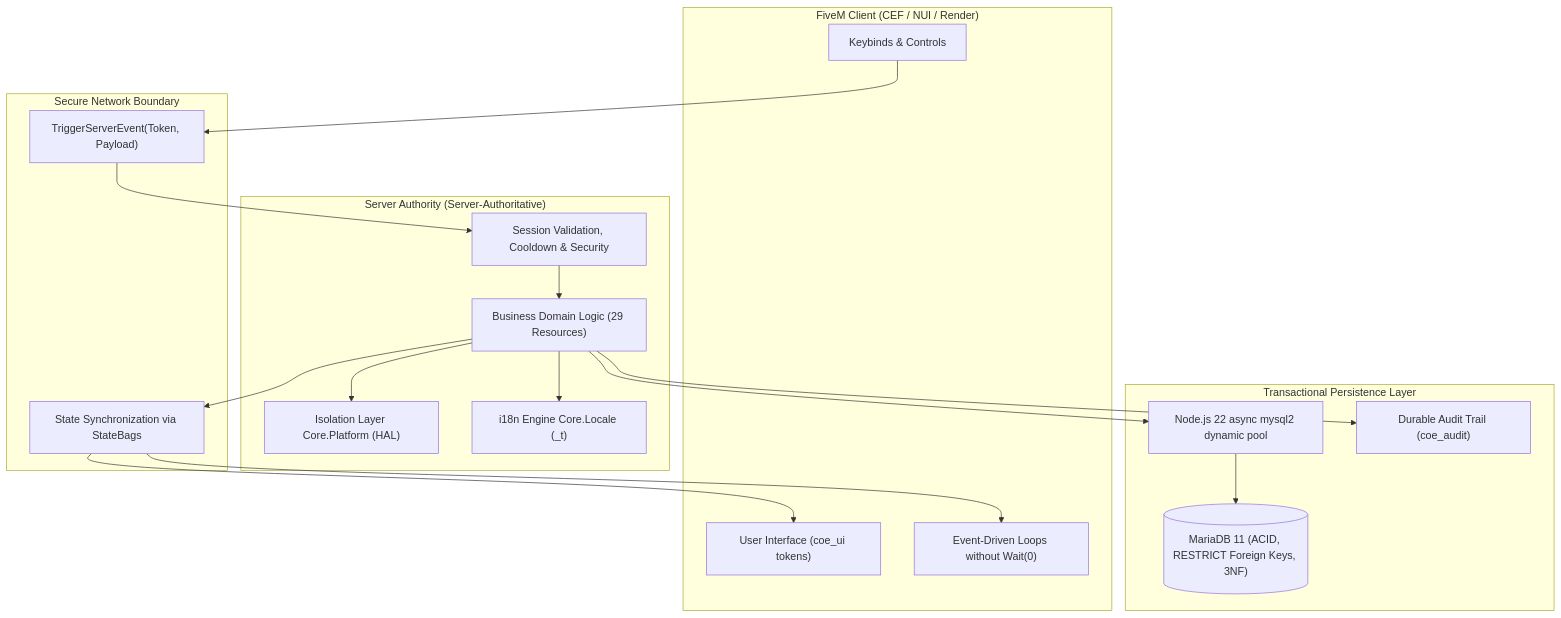
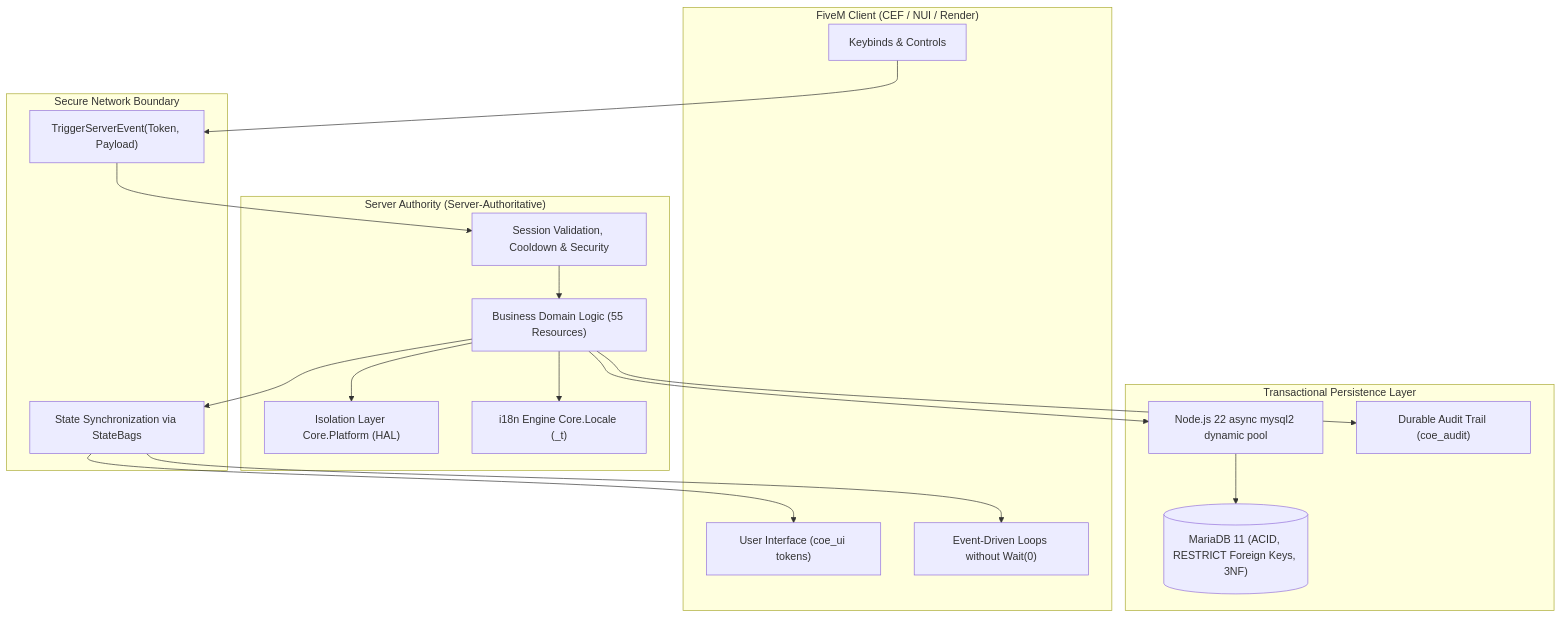
One commit to marcelomatz/coe-framework changed the diagram in README.md. Above: the diagram before and after it, drawn with Mermaid. The commit also changed other lines of this file and 499 other files, not shown here.

````diff
--- a/README.md
+++ b/README.md
@@ -171,38 +171,38 @@
 ```mermaid
 flowchart TD
     subgraph Client["FiveM Client (CEF / NUI / Render)"]
         UI["User Interface (coe_ui tokens)"]
         Input["Keybinds & Controls"]
         OptimizedLoop["Event-Driven Loops without Wait(0)"]
     end
 
     subgraph Boundary["Secure Network Boundary"]
         Req["TriggerServerEvent(Token, Payload)"]
         Sync["State Synchronization via StateBags"]
     end
 
     subgraph Server["Server Authority (Server-Authoritative)"]
         Val["Session Validation, Cooldown & Security"]
         Platform["Isolation Layer Core.Platform (HAL)"]
-        Domain["Business Domain Logic (29 Resources)"]
+        Domain["Business Domain Logic (55 Resources)"]
         Locale["i18n Engine Core.Locale (_t)"]
     end
 
     subgraph Storage["Transactional Persistence Layer"]
         NodePool["Node.js 22 async mysql2 dynamic pool"]
         MariaDB[("MariaDB 11 (ACID, RESTRICT Foreign Keys, 3NF)")]
         Audit["Durable Audit Trail (coe_audit)"]
     end
 
     Input --> Req
     Req --> Val
     Val --> Domain
     Domain --> Platform
     Domain --> Locale
     Domain --> NodePool
     NodePool --> MariaDB
     Domain --> Audit
     Domain --> Sync
     Sync --> UI
     Sync --> OptimizedLoop
 ```
````
